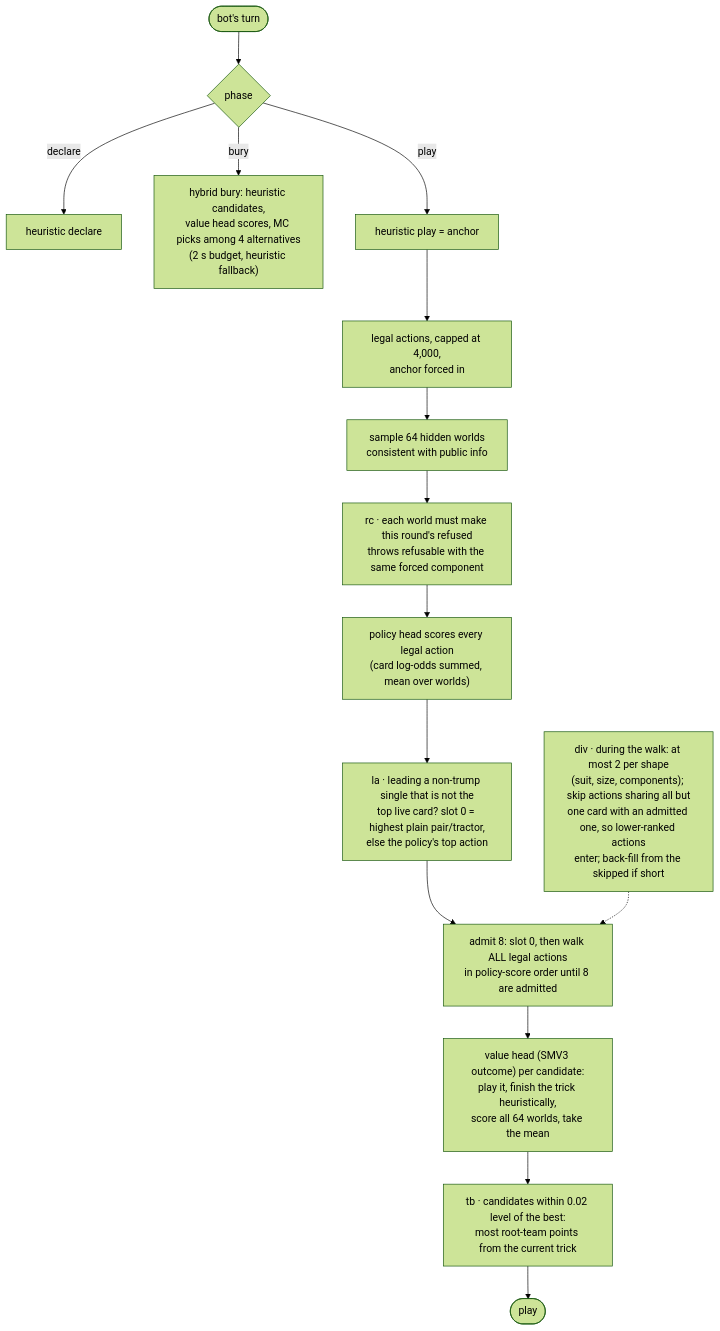
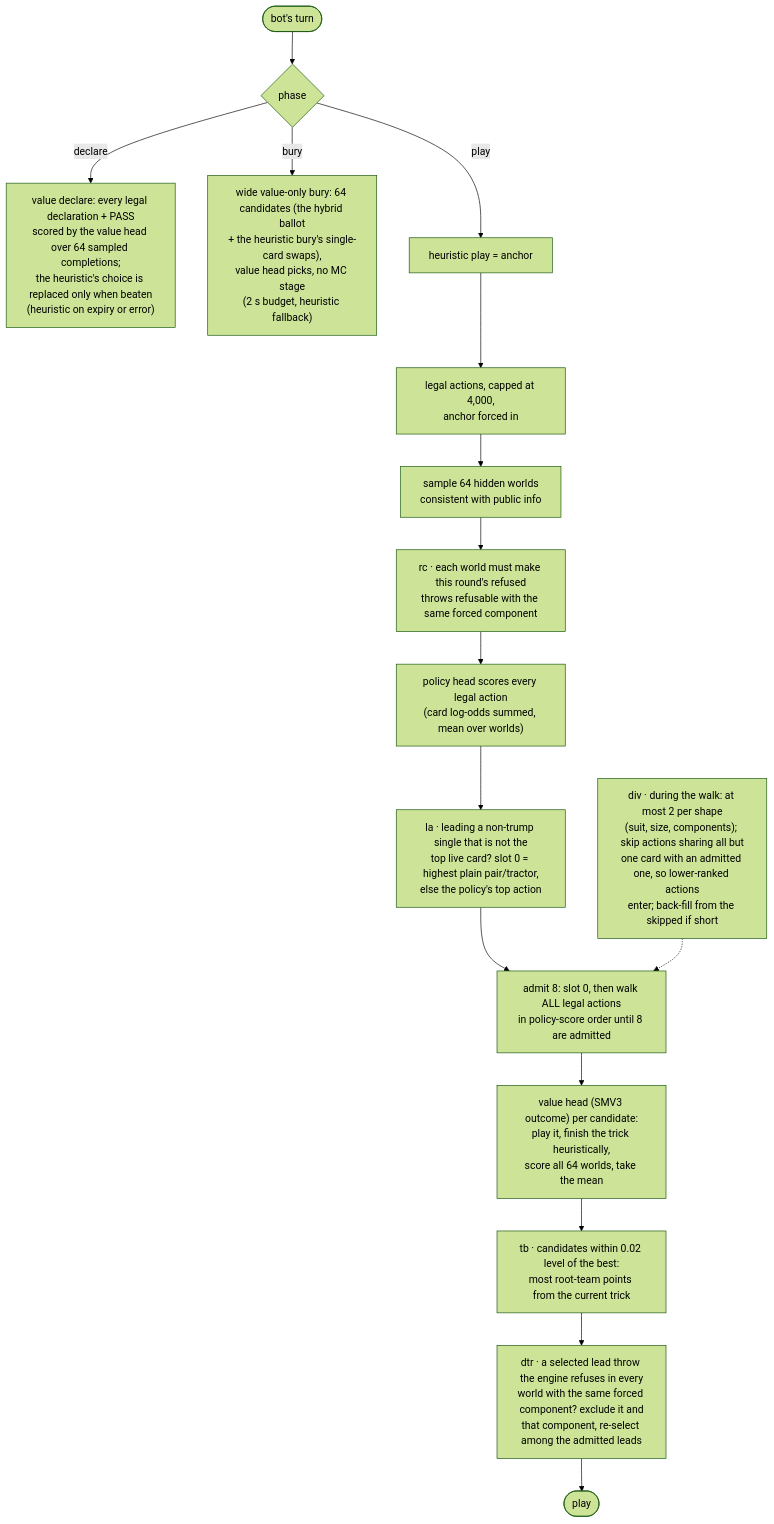
The diagram in README.md (jerryyyu/shengji), drawn with Mermaid (forest theme) before and after one commit. The commit also changed other lines of this file and 8 other files, not shown here.

````diff
--- a/README.md
+++ b/README.md
@@ -16,17 +18,18 @@
 ```mermaid
 flowchart TD
   turn(["bot's turn"]) --> phase{phase}
-  phase -->|declare| dec["heuristic declare"]
-  phase -->|bury| bury["hybrid bury: heuristic candidates,<br/>value head scores, MC picks among 4 alternatives<br/>(2 s budget, heuristic fallback)"]
+  phase -->|declare| dec["value declare: every legal declaration + PASS<br/>scored by the value head over 64 sampled completions;<br/>the heuristic's choice is replaced only when beaten<br/>(heuristic on expiry or error)"]
+  phase -->|bury| bury["wide value-only bury: 64 candidates (the hybrid ballot<br/>+ the heuristic bury's single-card swaps),<br/>value head picks, no MC stage<br/>(2 s budget, heuristic fallback)"]
   phase -->|play| anchor["heuristic play = anchor"]
   anchor --> legal["legal actions, capped at 4,000,<br/>anchor forced in"]
   legal --> worlds["sample 64 hidden worlds<br/>consistent with public info"]
   worlds --> rc["rc · each world must make this round's refused<br/>throws refusable with the same forced component"]
   rc --> prior["policy head scores every legal action<br/>(card log-odds summed, mean over worlds)"]
   prior --> la["la · leading a non-trump single that is not the<br/>top live card? slot 0 = highest plain pair/tractor,<br/>else the policy's top action"]
   la --> admit["admit 8: slot 0, then walk ALL legal actions<br/>in policy-score order until 8 are admitted"]
   div["div · during the walk: at most 2 per shape<br/>(suit, size, components); skip actions sharing all but<br/>one card with an admitted one, so lower-ranked actions<br/>enter; back-fill from the skipped if short"] -.-> admit
   admit --> value["value head (SMV3 outcome) per candidate:<br/>play it, finish the trick heuristically,<br/>score all 64 worlds, take the mean"]
   value --> tb["tb · candidates within 0.02 level of the best:<br/>most root-team points from the current trick"]
-  tb --> play(["play"])
+  tb --> dtr["dtr · a selected lead throw the engine refuses in every<br/>world with the same forced component? exclude it and<br/>that component, re-select among the admitted leads"]
+  dtr --> play(["play"])
 ```
````
